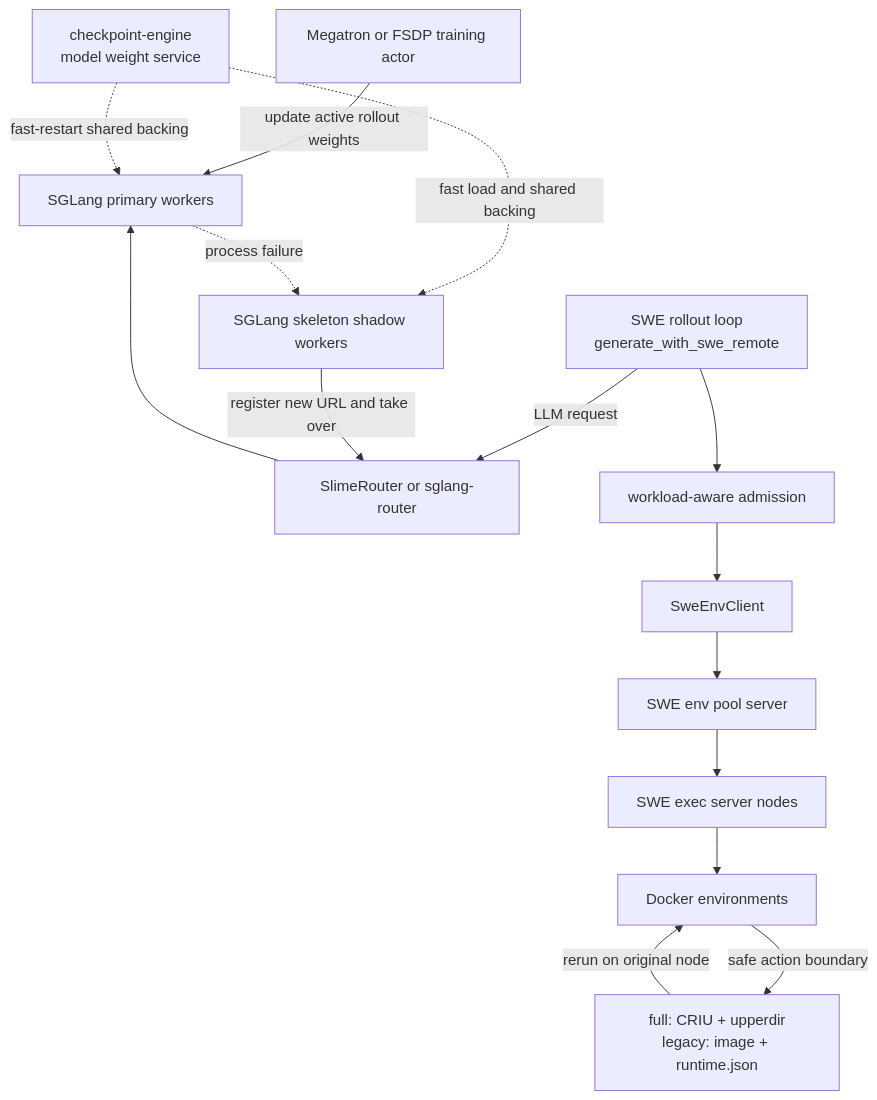
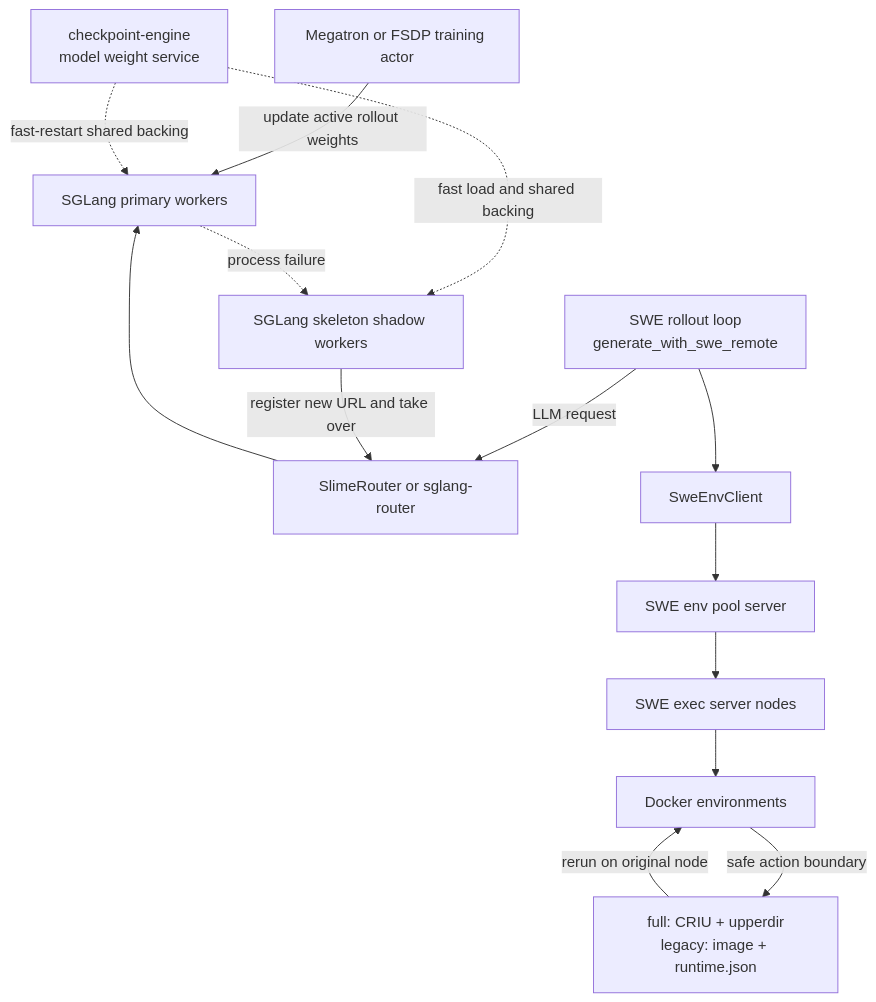
The diagram in README.md (Zhou-jiecheng/Belayer), drawn with Mermaid before and after one commit. The commit also changed other lines of this file and 55 other files, not shown here.

````diff
--- a/README.md
+++ b/README.md
@@ -47,31 +45,29 @@
 ```mermaid
 flowchart TB
     Trainer[Megatron or FSDP training actor]
     Weight[checkpoint-engine<br/>model weight service]
 
     Rollout[SWE rollout loop<br/>generate_with_swe_remote]
     Router[SlimeRouter or sglang-router]
     Primary[SGLang primary workers]
     Shadow[SGLang skeleton shadow workers]
 
-    Scheduler[workload-aware admission]
     Client[SweEnvClient]
     Pool[SWE env pool server]
     Exec[SWE exec server nodes]
     Env[Docker environments]
     EnvCkpt[full: CRIU + upperdir<br/>legacy: image + runtime.json]
 
     Trainer -->|update active rollout weights| Primary
     Weight -. fast-restart shared backing .-> Primary
     Weight -. fast load and shared backing .-> Shadow
 
     Rollout -->|LLM request| Router
     Router --> Primary
     Primary -. process failure .-> Shadow
     Shadow -->|register new URL and take over| Router
 
-    Rollout --> Scheduler
-    Scheduler --> Client --> Pool --> Exec --> Env
+    Rollout --> Client --> Pool --> Exec --> Env
     Env -->|safe action boundary| EnvCkpt
     EnvCkpt -->|rerun on original node| Env
 ```
````
